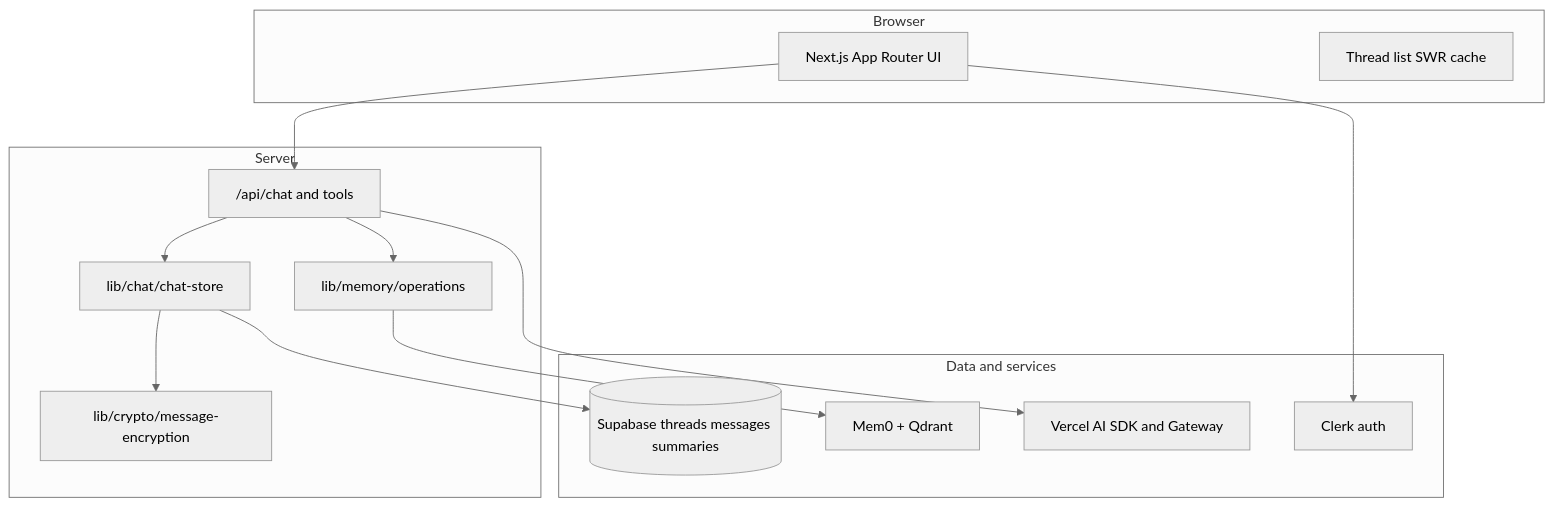
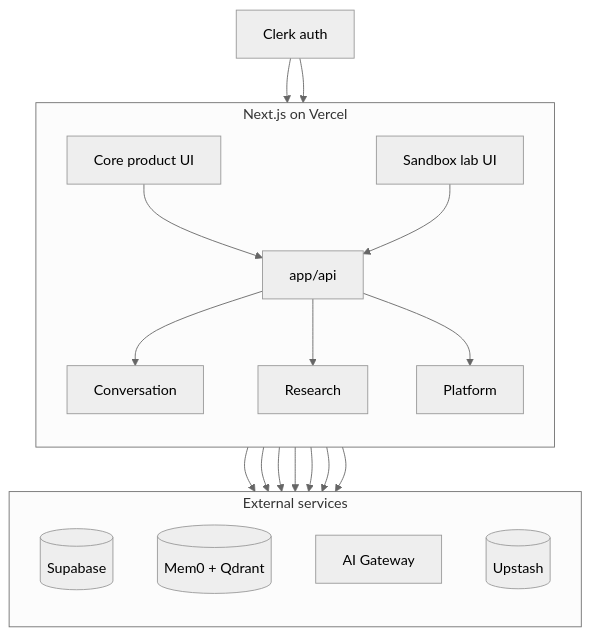
Before and after one commit to Alexjoshua14/Organic-LLM: the diagram in README.md, drawn with Mermaid (neutral theme). The commit also changed other lines of this file, not shown here.

First line of the commit message:
Expand README architecture for the full app and refine the system diagram.

````diff
--- a/README.md
+++ b/README.md
@@ -40,27 +57,37 @@
 ```mermaid
 flowchart TB
-  subgraph client [Browser]
-    UI[Next.js App Router UI]
-    Sidebar[Thread list SWR cache]
+  Clerk[Clerk auth]
+
+  subgraph next [Next.js on Vercel]
+    direction TB
+    Core[Core product UI]
+    Sbx[Sandbox lab UI]
+    API[app/api]
+    Conv[Conversation]
+    Res[Research]
+    Plat[Platform]
+    Core --> API
+    Sbx --> API
+    API --> Conv
+    API --> Res
+    API --> Plat
   end
-  subgraph api [Server]
-    Routes["/api/chat and tools"]
-    Store[lib/chat/chat-store]
-    Memory[lib/memory/operations]
-    Crypto[lib/crypto/message-encryption]
+
+  subgraph svc [External services]
+    direction TB
+    SB[(Supabase)]
+    MQ[(Mem0 + Qdrant)]
+    GW[AI Gateway]
+    UP[(Upstash)]
   end
-  subgraph data [Data and services]
-    SB[(Supabase threads messages summaries)]
-    Mem0[Mem0 + Qdrant]
-    LLM[Vercel AI SDK and Gateway]
-    Clerk[Clerk auth]
-  end
-  UI --> Routes
-  Routes --> Store
-  Store --> Crypto
-  Store --> SB
-  Routes --> Memory
-  Memory --> Mem0
-  Routes --> LLM
-  UI --> Clerk
+
+  Clerk --> Core
+  Clerk --> API
+  Conv --> SB
+  Res --> SB
+  Conv --> GW
+  Res --> GW
+  Plat --> SB
+  Plat --> MQ
+  Plat --> UP
 ```
````
